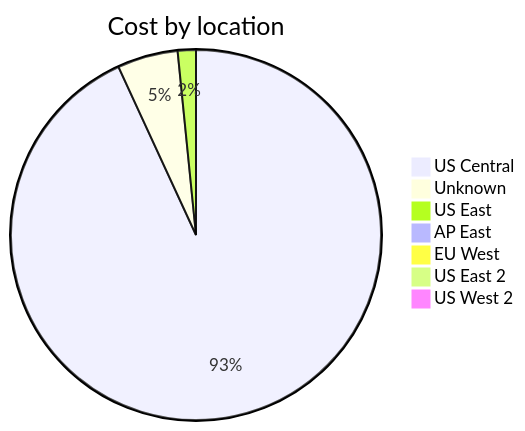
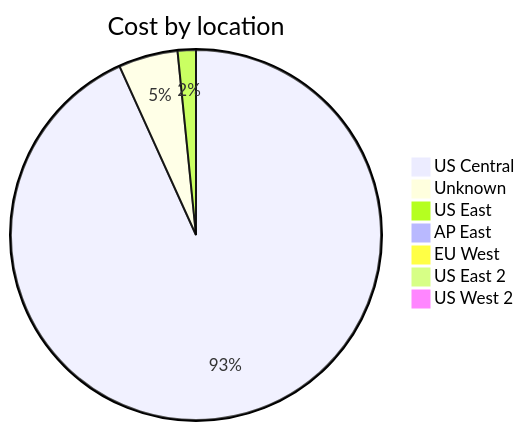
Before and after one commit to jpfulton/azure-personal-reports: the third of 4 diagrams in cost-reports/accumulated-cost.md, drawn with Mermaid. The commit also changed other lines of this file and 4 other files, not shown here.

````diff
--- a/cost-reports/accumulated-cost.md
+++ b/cost-reports/accumulated-cost.md
@@ -67,11 +121,11 @@
 ```mermaid
 pie
    title Cost by location
-   "US Central" : 1.76
-   "Unknown" : 0.10
-   "US East" : 0.03
+   "US Central" : 4.68
+   "Unknown" : 0.26
+   "US East" : 0.08
    "AP East" : 0.00
    "EU West" : 0.00
    "US East 2" : 0.00
    "US West 2" : 0.00
 ```
````
